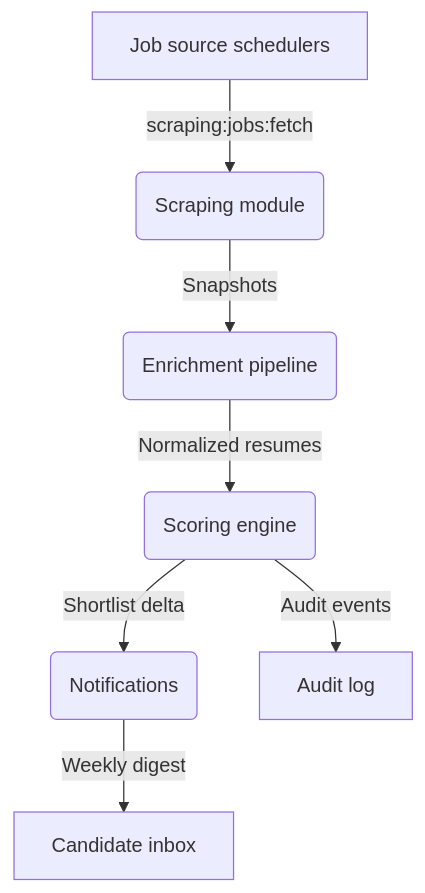
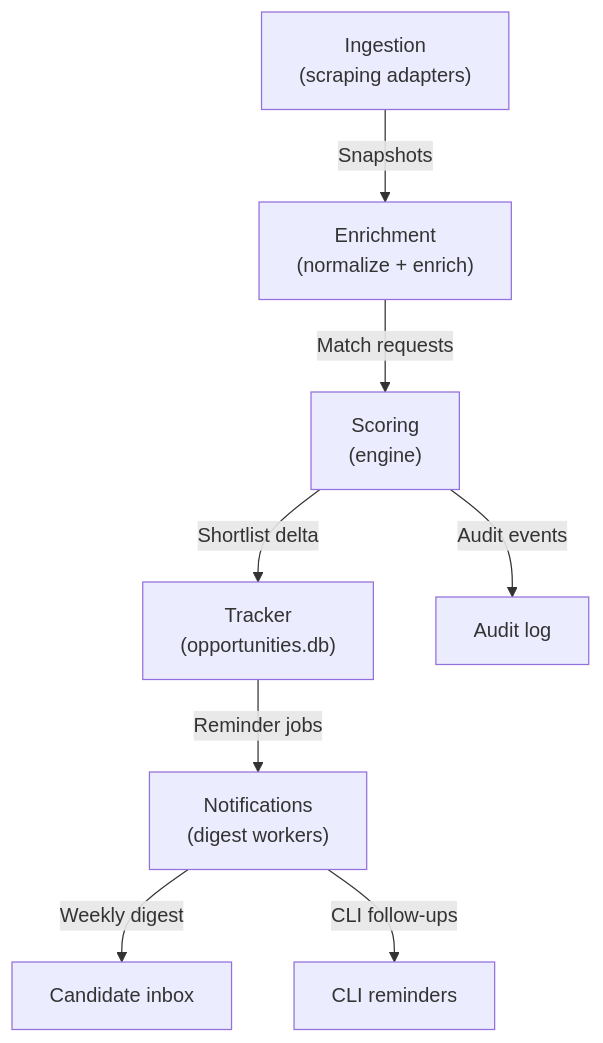
The diagram in docs/user-journeys.md (futuroptimist/jobbot3000), drawn with Mermaid before and after one commit. The commit also changed other lines of this file and 2 other files, not shown here.

Commit message:
🧭 : – document ingestion→notifications user journey
what: add documented pipeline diagram + regression test

why: ship planned ingestion→scoring→notifications coverage

how to test: npm run lint && npm run test:ci

````diff
--- a/docs/user-journeys.md
+++ b/docs/user-journeys.md
@@ -482,9 +482,11 @@
 ```mermaid
 flowchart TD
-  A[Job source schedulers] -->|scraping:jobs:fetch| B(Scraping module)
-  B -->|Snapshots| C(Enrichment pipeline)
-  C -->|Normalized resumes| D(Scoring engine)
-  D -->|Shortlist delta| E(Notifications)
-  D -->|Audit events| F[Audit log]
-  E -->|Weekly digest| G[Candidate inbox]
+  %% journey-ingestion-scoring-notifications
+  Ingestion["Ingestion\n(scraping adapters)"] -->|Snapshots| Enrichment["Enrichment\n(normalize + enrich)"]
+  Enrichment -->|Match requests| Scoring["Scoring\n(engine)"]
+  Scoring -->|Shortlist delta| Tracker["Tracker\n(opportunities.db)"]
+  Scoring -->|Audit events| AuditLog["Audit log"]
+  Tracker -->|Reminder jobs| Notifications["Notifications\n(digest workers)"]
+  Notifications -->|Weekly digest| Inbox["Candidate inbox"]
+  Notifications -->|CLI follow-ups| CliReminders["CLI reminders"]
 ```
````
